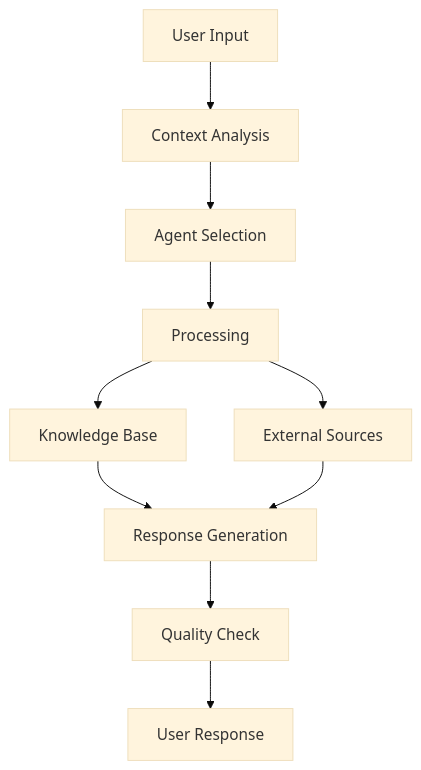
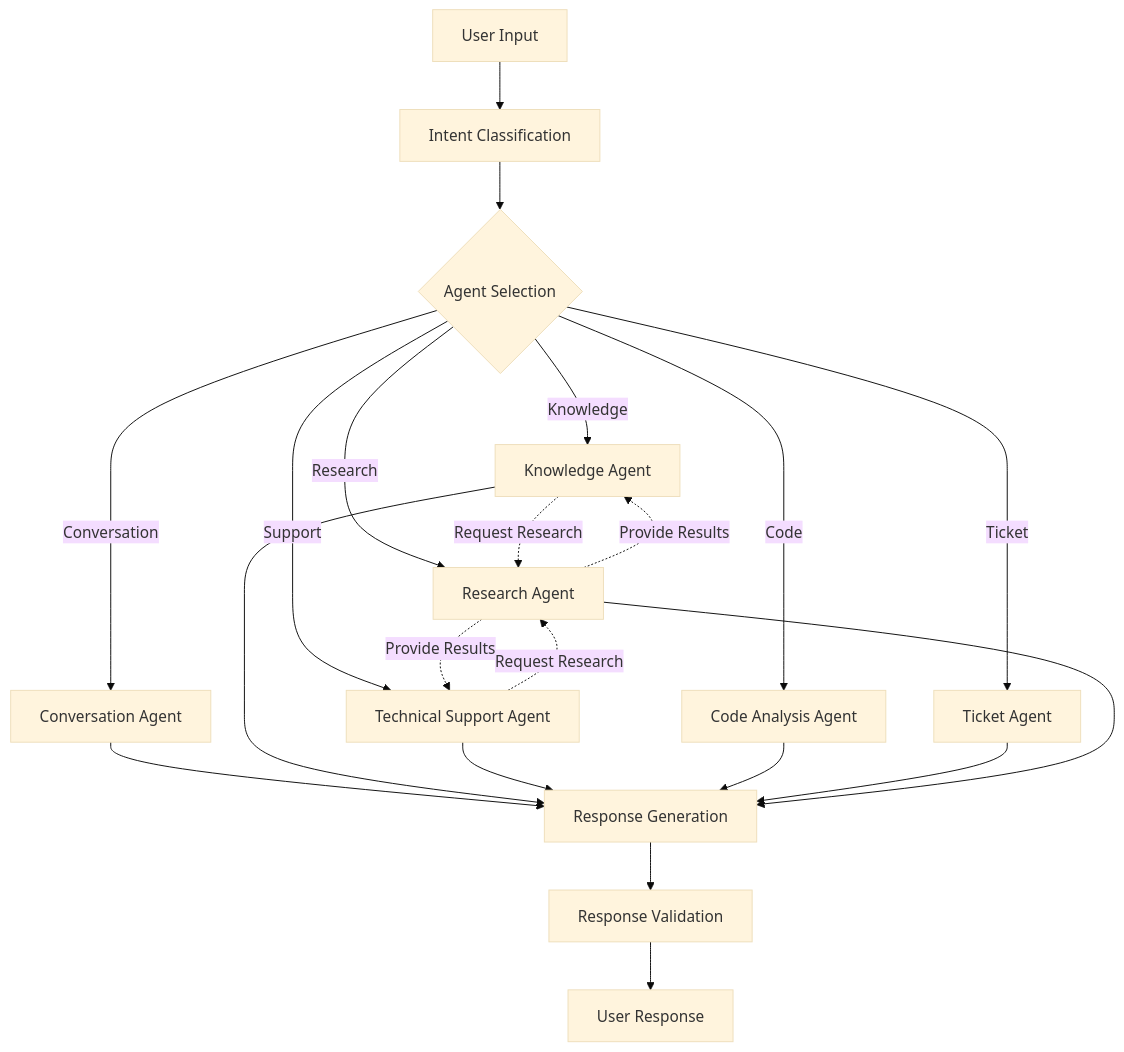
Before and after one commit to NodeByteHosting/echo: the diagram in docs/ai.md, drawn with Mermaid (base theme). The commit also changed other lines of this file and 96 other files, not shown here.

````diff
--- a/docs/ai.md
+++ b/docs/ai.md
@@ -47,12 +95,26 @@
 ```mermaid
 graph TD
-    A[User Input] --> B[Context Analysis]
-    B --> C[Agent Selection]
-    C --> D[Processing]
-    D --> E[Knowledge Base]
-    D --> F[External Sources]
-    E --> G[Response Generation]
-    F --> G
-    G --> H[Quality Check]
-    H --> I[User Response]
+    A[User Input] --> B[Intent Classification]
+    B --> C{Agent Selection}
+    C -->|Conversation| D[Conversation Agent]
+    C -->|Knowledge| E[Knowledge Agent]
+    C -->|Support| F[Technical Support Agent]
+    C -->|Code| G[Code Analysis Agent]
+    C -->|Ticket| H[Ticket Agent]
+    C -->|Research| I[Research Agent]
+    
+    E -.->|Request Research| I
+    F -.->|Request Research| I
+    I -.->|Provide Results| E
+    I -.->|Provide Results| F
+    
+    D --> J[Response Generation]
+    E --> J
+    F --> J
+    G --> J
+    H --> J
+    I --> J
+    
+    J --> K[Response Validation]
+    K --> L[User Response]
 ```
````
